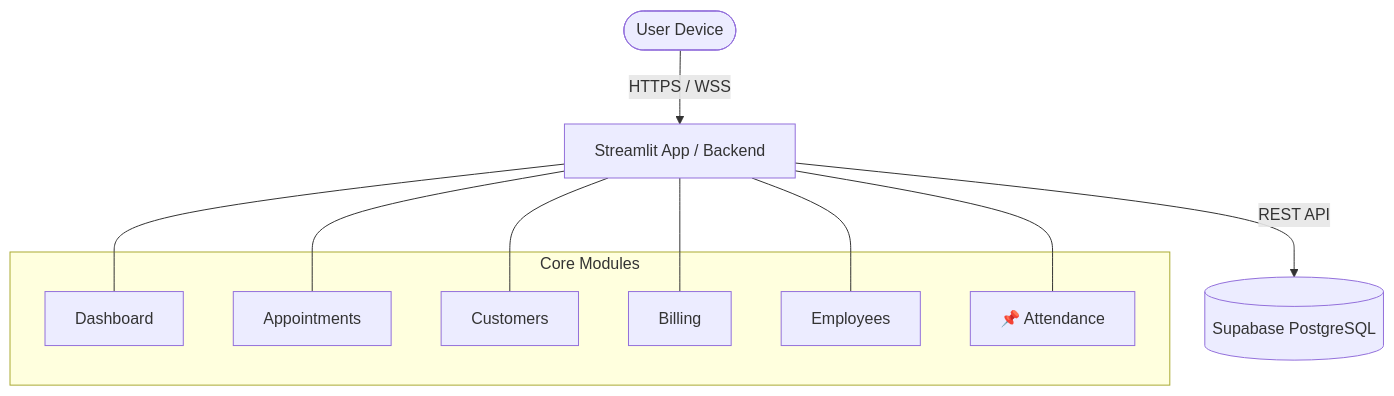
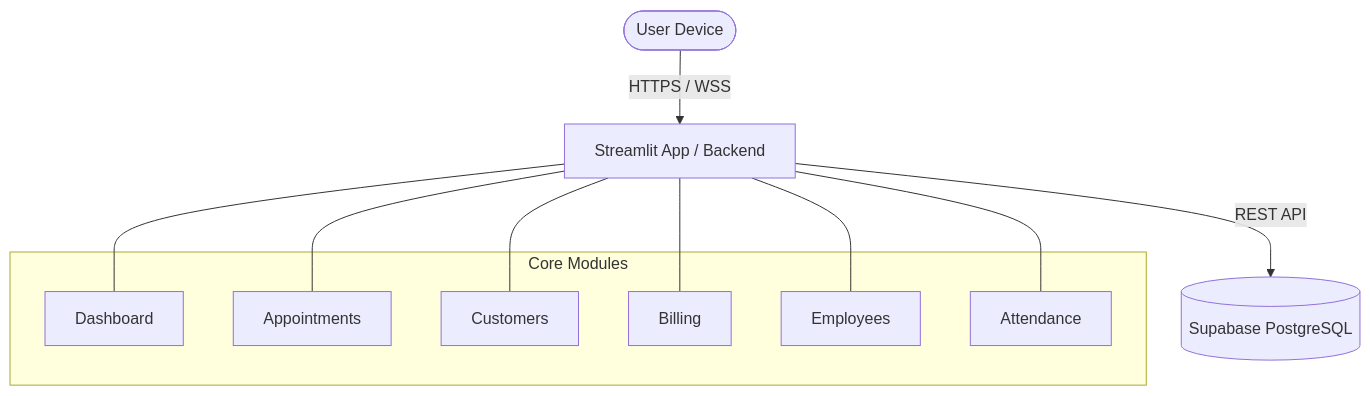
The first of 2 diagrams in README.md (ItsMeTinku/Salon-Management-System), drawn with Mermaid before and after one commit.

Commit message:
Remove emoji from Attendance section in README

````diff
--- a/README.md
+++ b/README.md
@@ -69,21 +69,21 @@
 ```mermaid
 graph TD
     User([User Device]) -->|HTTPS / WSS| Streamlit[Streamlit App / Backend]
     Streamlit -->|REST API| Supabase[(Supabase PostgreSQL)]
     
     subgraph Core Modules
         Dashboard[ Dashboard]
         Appointments[ Appointments]
         Customers[ Customers]
         Billing[ Billing]
         Employees[ Employees]
-        Attendance[📌 Attendance]
+        Attendance[ Attendance]
     end
     
     Streamlit --- Dashboard
     Streamlit --- Appointments
     Streamlit --- Customers
     Streamlit --- Billing
     Streamlit --- Employees
     Streamlit --- Attendance
 ```
````
